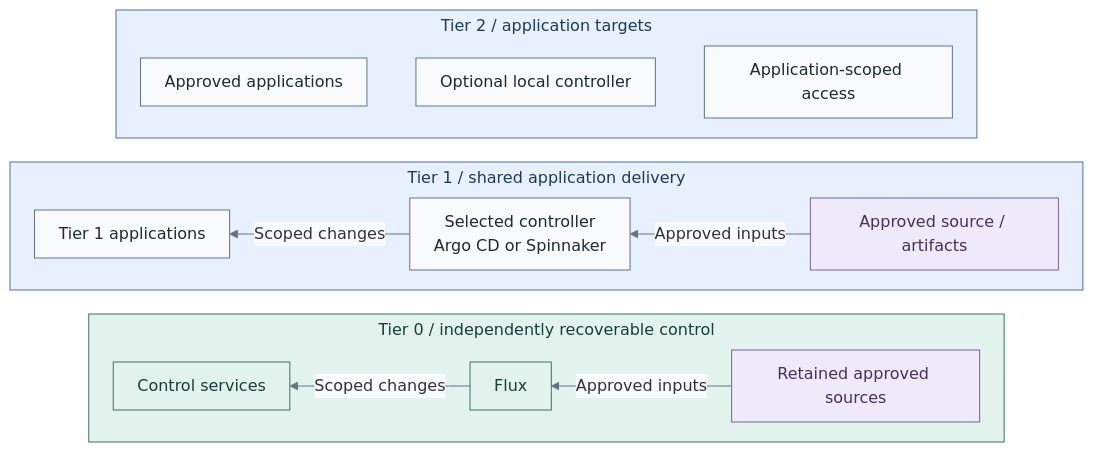
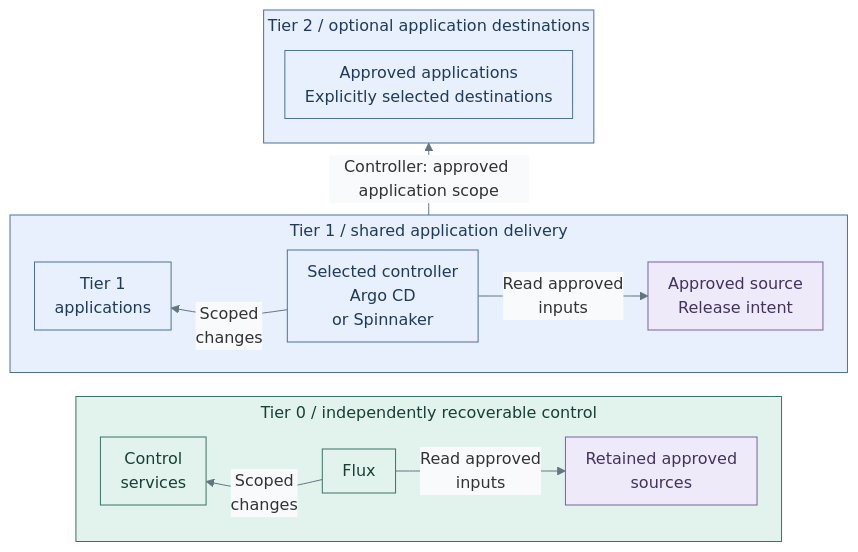
One commit to Rexus/homelab changed the diagram in docs/01-architecture/10-delivery/02-controllers.md. Above: the diagram before and after it, drawn with Mermaid. The commit also changed other lines of this file and 279 other files, not shown here.

````diff
--- a/docs/01-architecture/10-delivery/02-controllers.md
+++ b/docs/01-architecture/10-delivery/02-controllers.md
@@ -31,35 +17,34 @@
 ```mermaid
-%%{init: {"theme":"base","flowchart":{"nodeSpacing":20,"rankSpacing":24,"padding":12,"subGraphTitleMargin":{"top":4,"bottom":12}},"themeVariables":{"lineColor":"#627581","edgeLabelBackground":"#f8fafc"}}}%%
-flowchart TB
-  subgraph T2["Tier 2 / application targets"]
-    direction LR
-    Workload["Approved applications"]
-    Local["Optional local controller"]
-    Scope["Application-scoped access"]
-    Workload ~~~ Local ~~~ Scope
+%%{init: {"theme":"base","flowchart":{"nodeSpacing":18,"rankSpacing":24,"padding":10,"wrappingWidth":300,"subGraphTitleMargin":{"top":4,"bottom":12}},"themeVariables":{"lineColor":"#627581","edgeLabelBackground":"#f8fafc"}}}%%
+flowchart BT
+  subgraph T2["Tier 2 / optional application destinations"]
+    Workload["Approved applications<br/>Explicitly selected destinations"]
   end
   subgraph T1["Tier 1 / shared application delivery"]
-    direction RL
-    Platform["Tier 1 applications"]
-    D["Selected controller<br/>Argo CD or Spinnaker"]
-    Release["Approved source / artifacts"]
-    Release -->|Approved inputs| D
-    D -->|Scoped changes| Platform
+    direction LR
+    Platform["Tier 1<br/>applications"]
+    D["Selected controller<br/>Argo CD<br/>or Spinnaker"]
+    Release["Approved source<br/>Release intent"]
+    Platform ~~~ D
+    D -- "Scoped<br/>changes" --> Platform
+    D -- "Read approved<br/>inputs" --> Release
   end
   subgraph T0["Tier 0 / independently recoverable control"]
-    direction RL
-    Control["Control services"]
+    direction LR
+    Control["Control<br/>services"]
     F["Flux"]
-    Approved["Retained approved sources"]
-    Approved -->|Approved inputs| F
-    F -->|Scoped changes| Control
+    Approved["Retained approved<br/>sources"]
+    Control ~~~ F
+    F -- "Scoped<br/>changes" --> Control
+    F -- "Read approved<br/>inputs" --> Approved
   end
-  T2 ~~~ T1 ~~~ T0
+  T0 ~~~ T1
+  T1 -- "Controller: approved application scope" --> T2
   classDef default fill:#f8fafc,stroke:#64748b,color:#1f2937
   classDef services fill:#e7f0fc,stroke:#4d719b,color:#203a5b
   classDef control fill:#e2f3ed,stroke:#397366,color:#173f36
   classDef data fill:#eeeafa,stroke:#78639b,color:#42325d
-  class T2,T1 services
+  class T2,T1,Workload,Platform,D services
   class T0,F,Control control
   class Release,Approved data
 ```
````
